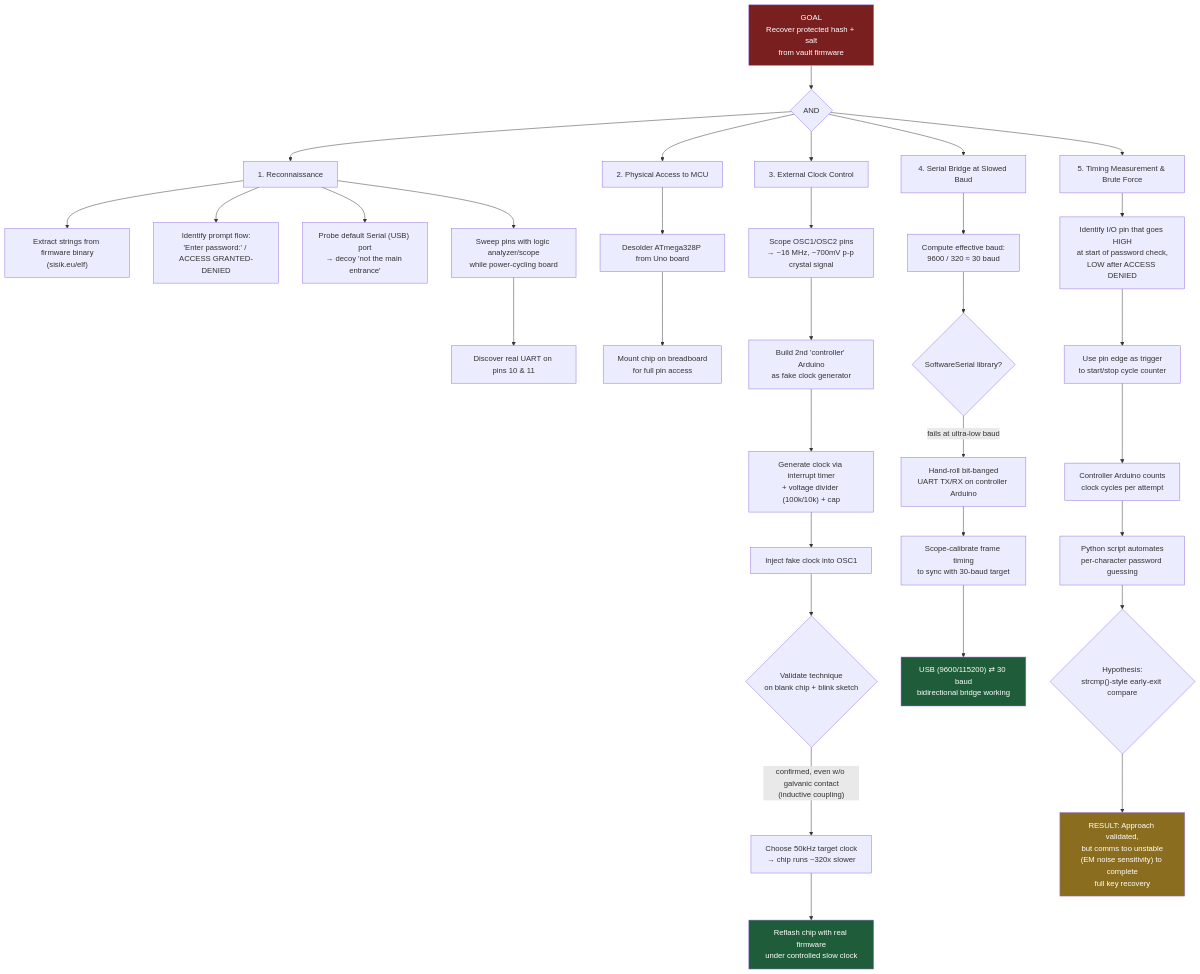
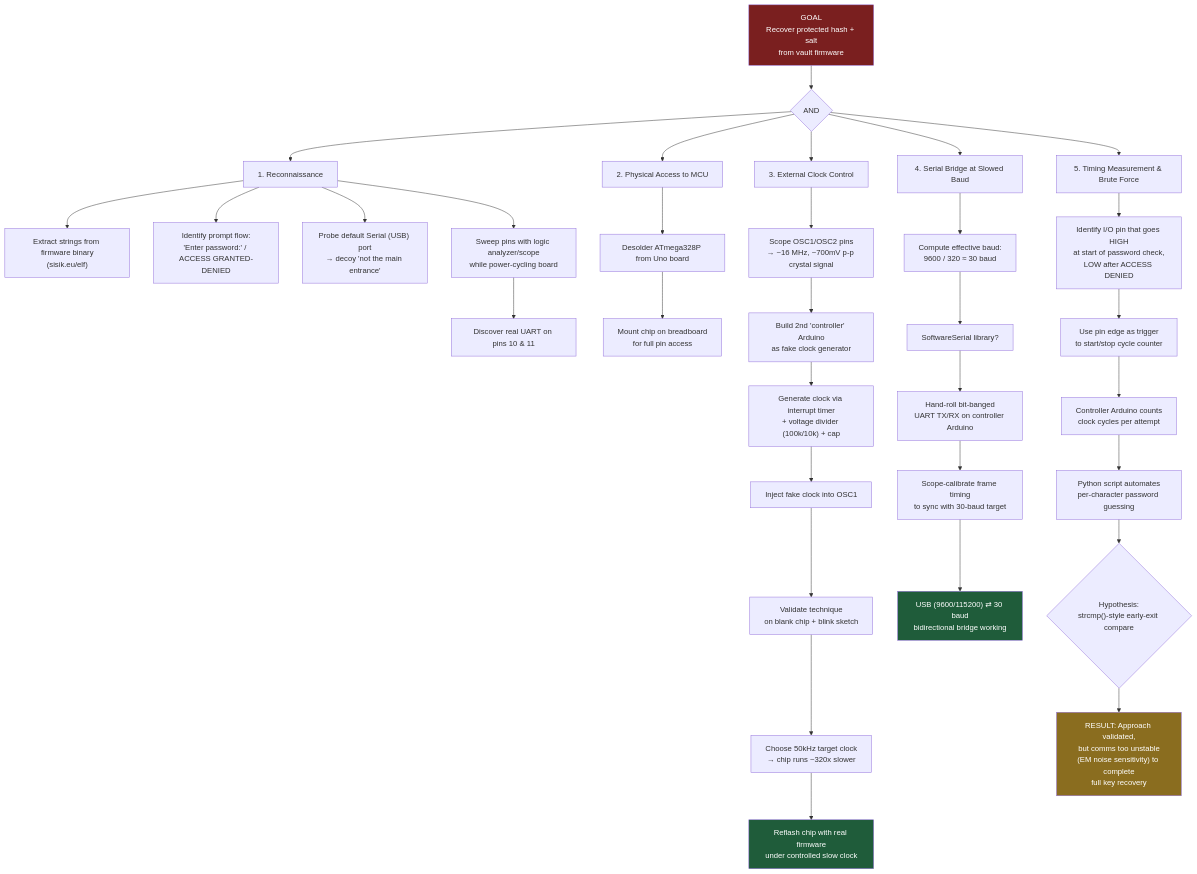
The first of 2 diagrams in README.md (theSynth0s/Embedded-Security-Attack), drawn with Mermaid before and after one commit.

````diff
--- a/README.md
+++ b/README.md
@@ -16,52 +16,52 @@
 ```mermaid
 graph TD
     GOAL["GOAL<br/>Recover protected hash + salt<br/>from vault firmware"]
  
     GOAL --> AND0{"AND"}
  
     AND0 --> RECON["1. Reconnaissance"]
     AND0 --> PHYS["2. Physical Access to MCU"]
     AND0 --> CLOCK["3. External Clock Control"]
     AND0 --> BRIDGE["4. Serial Bridge at Slowed Baud"]
     AND0 --> MEAS["5. Timing Measurement & Brute Force"]
  
     %% 1. Recon
     RECON --> R1["Extract strings from firmware binary<br/>(sisik.eu/elf)"]
     RECON --> R2["Identify prompt flow:<br/>'Enter password:' / ACCESS GRANTED-DENIED"]
     RECON --> R3["Probe default Serial (USB) port<br/>→ decoy 'not the main entrance'"]
     RECON --> R4["Sweep pins with logic analyzer/scope<br/>while power-cycling board"]
     R4 --> R5["Discover real UART on pins 10 & 11"]
  
     %% 2. Physical access
     PHYS --> P1["Desolder ATmega328P from Uno board"]
     P1 --> P2["Mount chip on breadboard<br/>for full pin access"]
  
     %% 3. Clock control
     CLOCK --> C1["Scope OSC1/OSC2 pins<br/>→ ~16 MHz, ~700mV p-p crystal signal"]
     C1 --> C2["Build 2nd 'controller' Arduino<br/>as fake clock generator"]
     C2 --> C3["Generate clock via interrupt timer<br/>+ voltage divider (100k/10k) + cap"]
     C3 --> C4["Inject fake clock into OSC1"]
-    C4 --> C5{"Validate technique<br/>on blank chip + blink sketch"}
-    C5 -->|"confirmed, even w/o galvanic contact<br/>(inductive coupling)"| C6["Choose 50kHz target clock<br/>→ chip runs ~320x slower"]
+    C4 --> C5["Validate technique<br/>on blank chip + blink sketch"]
+    C5 --> C6["Choose 50kHz target clock<br/>→ chip runs ~320x slower"]
     C6 --> CLOCKDONE["Reflash chip with real firmware<br/>under controlled slow clock"]
  
     %% 4. Bridge
     BRIDGE --> B1["Compute effective baud:<br/>9600 / 320 ≈ 30 baud"]
-    B1 --> B2{"SoftwareSerial library?"}
-    B2 -->|"fails at ultra-low baud"| B3["Hand-roll bit-banged<br/>UART TX/RX on controller Arduino"]
+    B1 --> B2["SoftwareSerial library?"]
+    B2 --> B3["Hand-roll bit-banged<br/>UART TX/RX on controller Arduino"]
     B3 --> B4["Scope-calibrate frame timing<br/>to sync with 30-baud target"]
     B4 --> BDONE["USB (9600/115200) ⇄ 30 baud<br/>bidirectional bridge working"]
  
     %% 5. Measurement
     MEAS --> M1["Identify I/O pin that goes HIGH<br/>at start of password check,<br/>LOW after ACCESS DENIED"]
     M1 --> M2["Use pin edge as trigger<br/>to start/stop cycle counter"]
     M2 --> M3["Controller Arduino counts<br/>clock cycles per attempt"]
     M3 --> M4["Python script automates<br/>per-character password guessing"]
     M4 --> M5{"Hypothesis:<br/>strcmp()-style early-exit compare"}
     M5 --> OUTCOME["RESULT: Approach validated,<br/>but comms too unstable<br/>(EM noise sensitivity) to complete<br/>full key recovery"]
  
     style GOAL fill:#7a1f1f,color:#fff
     style OUTCOME fill:#8a6d1f,color:#fff
     style CLOCKDONE fill:#1f5c3a,color:#fff
     style BDONE fill:#1f5c3a,color:#fff
 ```
````
